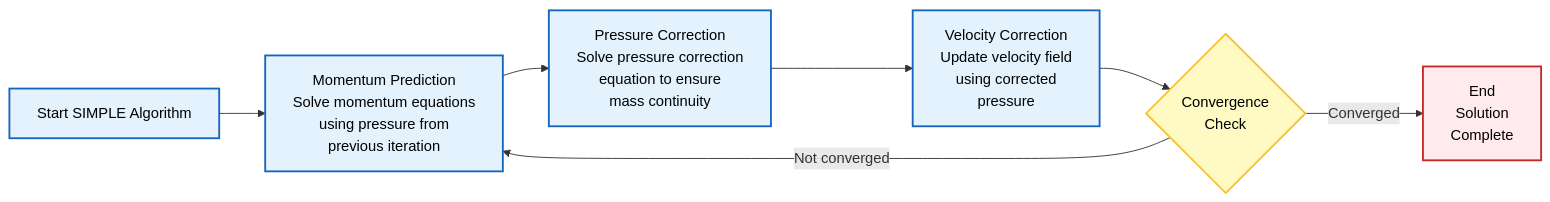
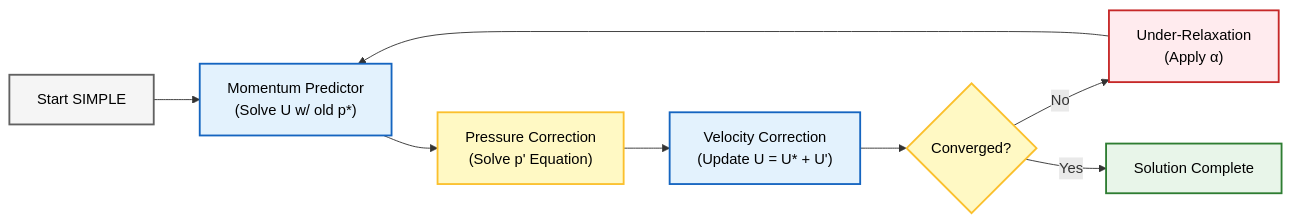
The fifth of 5 diagrams in MODULE_01_CFD_FUNDAMENTALS/CONTENT/01_GOVERNING_EQUATIONS/09_Exercises.md (wramet/build-my-cfd), drawn with Mermaid before and after one commit. The commit also changed other lines of this file and 313 other files, not shown here.

Commit message:
Revise all diagram

````diff
--- a/MODULE_01_CFD_FUNDAMENTALS/CONTENT/01_GOVERNING_EQUATIONS/09_Exercises.md
+++ b/MODULE_01_CFD_FUNDAMENTALS/CONTENT/01_GOVERNING_EQUATIONS/09_Exercises.md
@@ -671,22 +672,16 @@
 ```mermaid
 graph LR
-    A["Start SIMPLE Algorithm"] --> B["Momentum Prediction<br/>Solve momentum equations<br/>using pressure from<br/>previous iteration"]
+A["Start SIMPLE"]:::context --> B["Momentum Predictor<br/>(Solve U w/ old p*)"]:::implicit
+B --> C["Pressure Correction<br/>(Solve p' Equation)"]:::explicit
+C --> D["Velocity Correction<br/>(Update U = U* + U')"]:::implicit
+D --> E{"Converged?"}:::explicit
+E -->|No| F["Under-Relaxation<br/>(Apply α)"]:::volatile
+F --> B
+E -->|Yes| G["Solution Complete"]:::success
 
-    B --> C["Pressure Correction<br/>Solve pressure correction<br/>equation to ensure<br/>mass continuity"]
-
-    C --> D["Velocity Correction<br/>Update velocity field<br/>using corrected<br/>pressure"]
-
-    D --> E{"Convergence<br/>Check"}
-
-    E -->|Not converged| B
-    E -->|Converged| F["End<br/>Solution<br/>Complete"]
-
-    %% Styling Definitions
-    classDef process fill:#e3f2fd,stroke:#1565c0,stroke-width:2px,color:#000;
-    classDef decision fill:#fff9c4,stroke:#fbc02d,stroke-width:2px,color:#000;
-    classDef terminator fill:#ffebee,stroke:#c62828,stroke-width:2px,color:#000;
-
-    class A,B,C,D process;
-    class E decision;
-    class F terminator
+classDef context fill:#f5f5f5,stroke:#616161,stroke-width:2px,color:#000;
+classDef implicit fill:#e3f2fd,stroke:#1565c0,stroke-width:2px,color:#000;
+classDef explicit fill:#fff9c4,stroke:#fbc02d,stroke-width:2px,color:#000;
+classDef volatile fill:#ffebee,stroke:#c62828,stroke-width:2px,color:#000;
+classDef success fill:#e8f5e9,stroke:#2e7d32,stroke-width:2px,color:#000;
 ```
````
